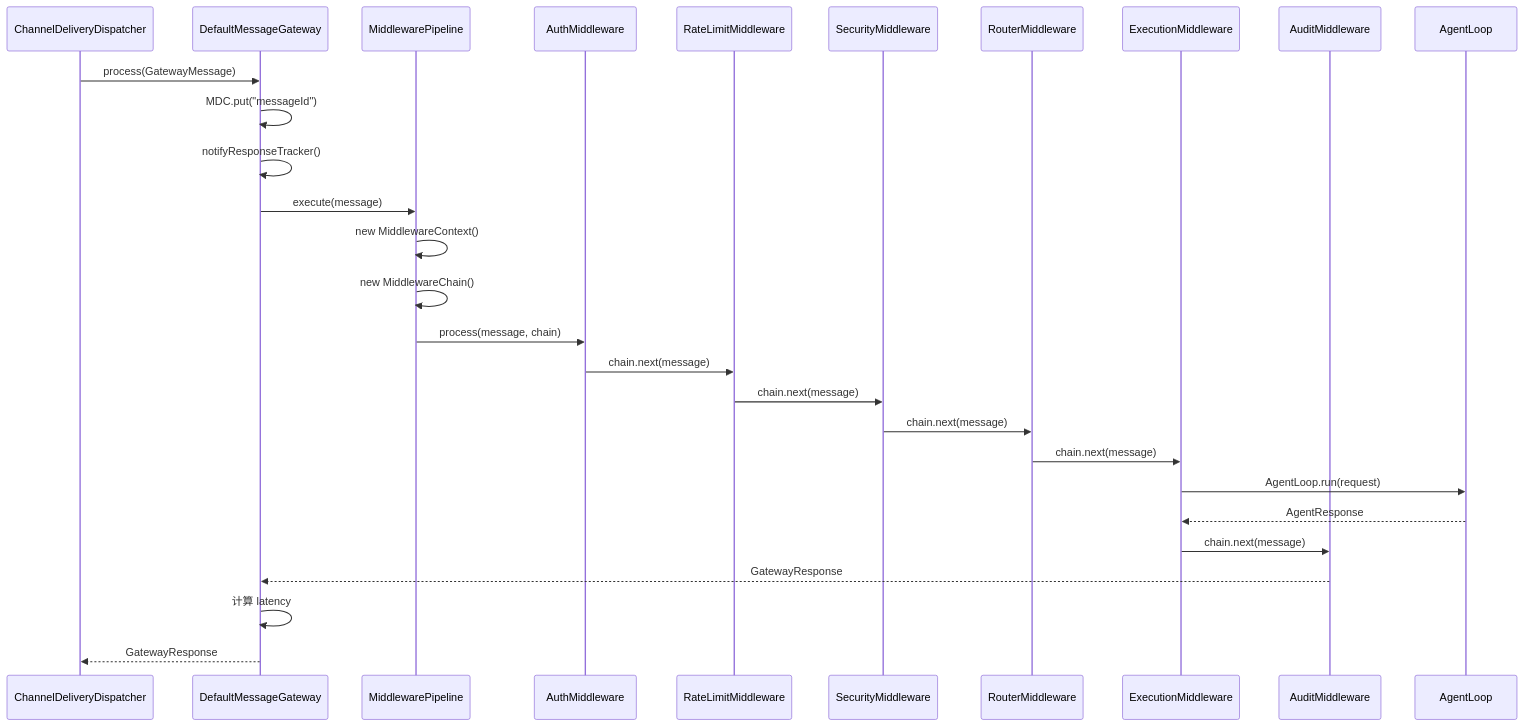
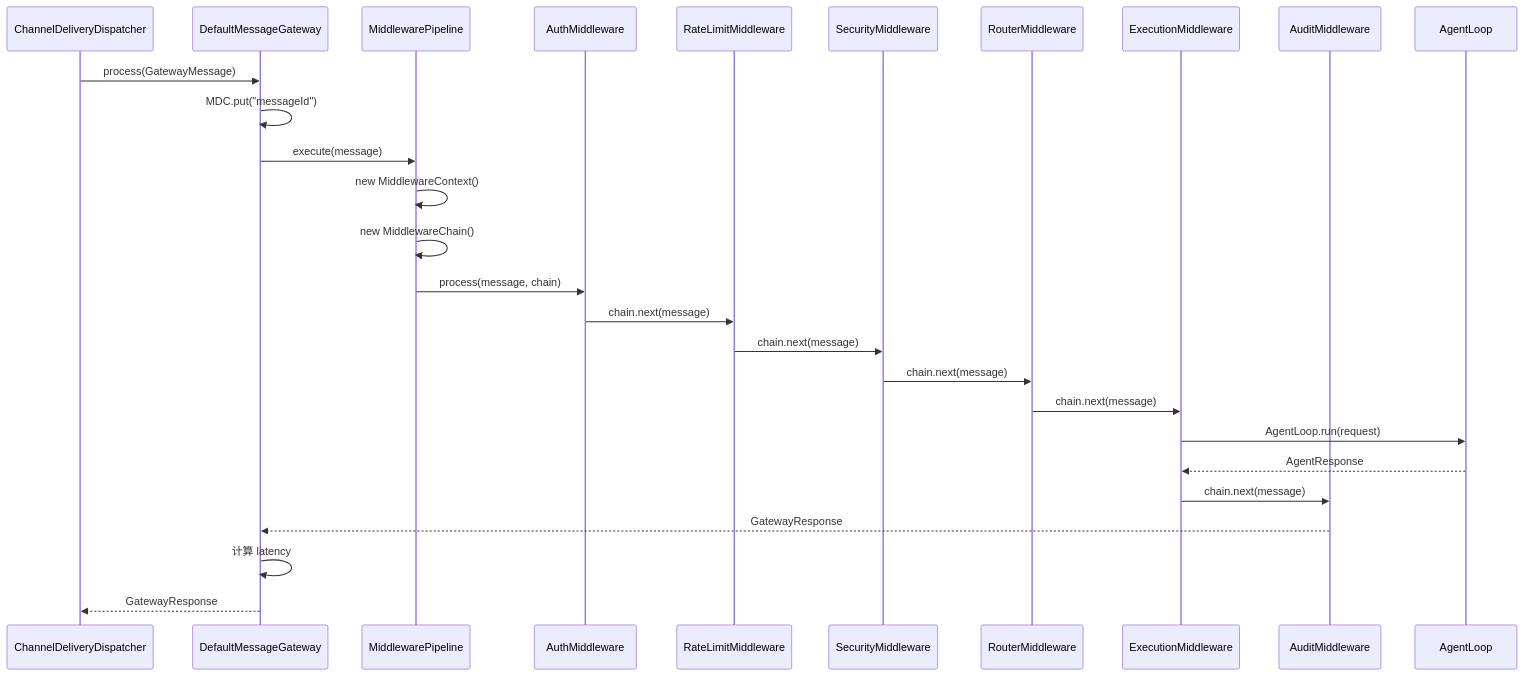
One commit to ntygod/LifePilot changed the second of 3 diagrams in docs/architecture/gateway-middleware.md. Above: the diagram before and after it, drawn with Mermaid. The commit also changed other lines of this file and 13 other files, not shown here.

````diff
--- a/docs/architecture/gateway-middleware.md
+++ b/docs/architecture/gateway-middleware.md
@@ -129,31 +129,30 @@
 ```mermaid
 sequenceDiagram
     participant CH as ChannelDeliveryDispatcher
     participant GW as DefaultMessageGateway
     participant PP as MiddlewarePipeline
     participant AUTH as AuthMiddleware
     participant RL as RateLimitMiddleware
     participant SEC as SecurityMiddleware
     participant RT as RouterMiddleware
     participant EX as ExecutionMiddleware
     participant AD as AuditMiddleware
     participant AL as AgentLoop
 
     CH->>GW: process(GatewayMessage)
     GW->>GW: MDC.put("messageId")
-    GW->>GW: notifyResponseTracker()
     GW->>PP: execute(message)
     PP->>PP: new MiddlewareContext()
     PP->>PP: new MiddlewareChain()
     PP->>AUTH: process(message, chain)
     AUTH->>RL: chain.next(message)
     RL->>SEC: chain.next(message)
     SEC->>RT: chain.next(message)
     RT->>EX: chain.next(message)
     EX->>AL: AgentLoop.run(request)
     AL-->>EX: AgentResponse
     EX->>AD: chain.next(message)
     AD-->>GW: GatewayResponse
     GW->>GW: 计算 latency
     GW-->>CH: GatewayResponse
 ```
````
